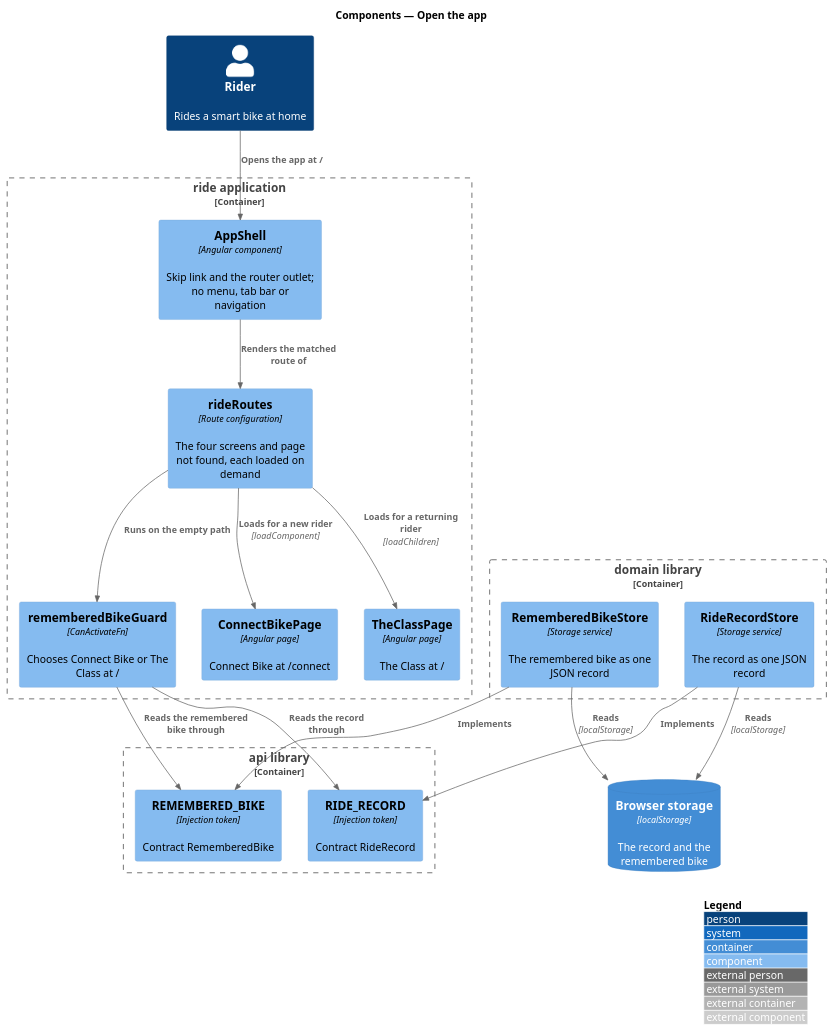
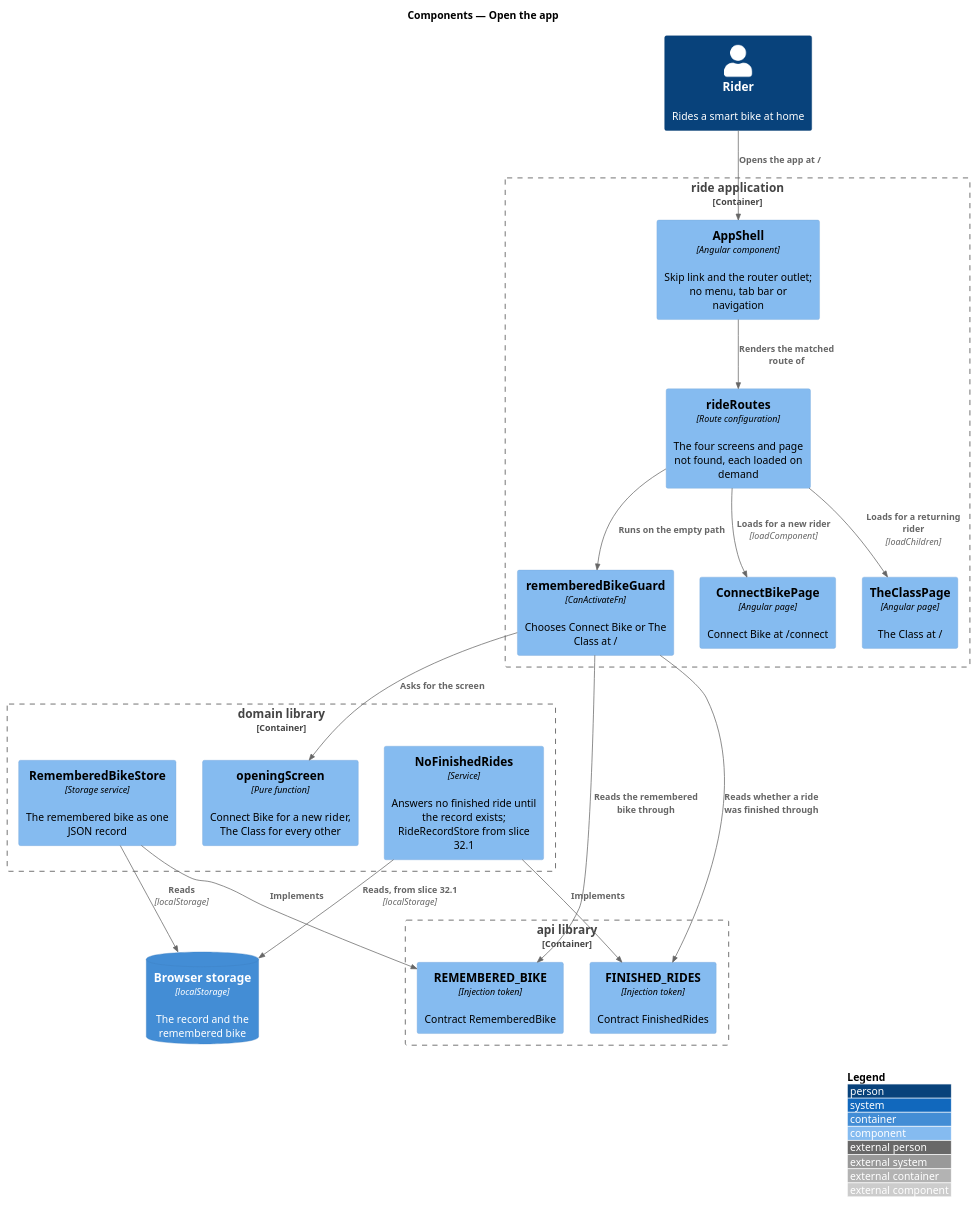
Before and after one commit to QuinntyneBrown/ride-one: the diagram in docs/detailed-designs/the-class/open-the-app/diagrams/c4-component.puml, drawn with PlantUML. The commit also changed 63 other files, not shown here.

First line of the commit message:
Slice 30.5: Open where the rider belongs

```diff
--- a/docs/detailed-designs/the-class/open-the-app/diagrams/c4-component.puml
+++ b/docs/detailed-designs/the-class/open-the-app/diagrams/c4-component.puml
@@ -1,36 +1,38 @@
 @startuml
 !include <C4/C4_Component>
 LAYOUT_WITH_LEGEND()
 title Components — Open the app
 
 Person(rider, "Rider", "Rides a smart bike at home")
 ContainerDb(storage, "Browser storage", "localStorage", "The record and the remembered bike")
 
 Container_Boundary(ride, "ride application") {
   Component(shell, "AppShell", "Angular component", "Skip link and the router outlet; no menu, tab bar or navigation")
   Component(routes, "rideRoutes", "Route configuration", "The four screens and page not found, each loaded on demand")
   Component(guard, "rememberedBikeGuard", "CanActivateFn", "Chooses Connect Bike or The Class at /")
   Component(connect, "ConnectBikePage", "Angular page", "Connect Bike at /connect")
   Component(theclass, "TheClassPage", "Angular page", "The Class at /")
 }
 Container_Boundary(domain, "domain library") {
   Component(bikeStore, "RememberedBikeStore", "Storage service", "The remembered bike as one JSON record")
-  Component(recordStore, "RideRecordStore", "Storage service", "The record as one JSON record")
+  Component(rule, "openingScreen", "Pure function", "Connect Bike for a new rider, The Class for every other")
+  Component(recordStore, "NoFinishedRides", "Service", "Answers no finished ride until the record exists; RideRecordStore from slice 32.1")
 }
 Container_Boundary(api, "api library") {
   Component(bikeToken, "REMEMBERED_BIKE", "Injection token", "Contract RememberedBike")
-  Component(recordToken, "RIDE_RECORD", "Injection token", "Contract RideRecord")
+  Component(recordToken, "FINISHED_RIDES", "Injection token", "Contract FinishedRides")
 }
 
 Rel(rider, shell, "Opens the app at /")
 Rel(shell, routes, "Renders the matched route of")
 Rel(routes, guard, "Runs on the empty path")
 Rel(guard, bikeToken, "Reads the remembered bike through")
-Rel(guard, recordToken, "Reads the record through")
+Rel(guard, recordToken, "Reads whether a ride was finished through")
+Rel(guard, rule, "Asks for the screen")
 Rel(bikeStore, bikeToken, "Implements")
 Rel(recordStore, recordToken, "Implements")
 Rel(bikeStore, storage, "Reads", "localStorage")
-Rel(recordStore, storage, "Reads", "localStorage")
+Rel(recordStore, storage, "Reads, from slice 32.1", "localStorage")
 Rel(routes, connect, "Loads for a new rider", "loadComponent")
 Rel(routes, theclass, "Loads for a returning rider", "loadChildren")
 @enduml
```
